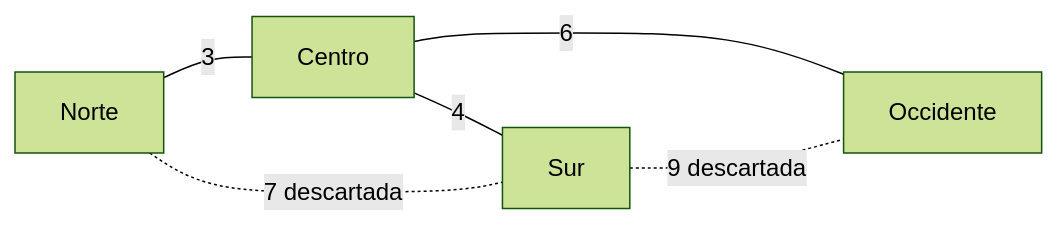
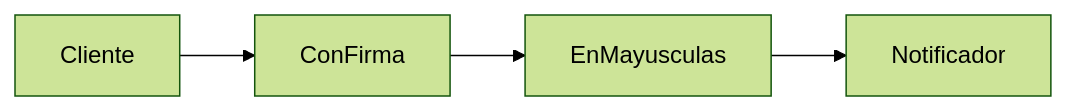
The first of 8 diagrams in web/public/content/foundations/modulo-13.md (NICORUIZ93/The_Imperial_Book), drawn with Mermaid (forest theme) before and after one commit. The commit also changed other lines of this file and 36 other files, not shown here.

````diff
--- a/web/public/content/foundations/modulo-13.md
+++ b/web/public/content/foundations/modulo-13.md
@@ -138,8 +26,6 @@
 ```mermaid
-graph LR
-    N[Norte] -- 3 --- C[Centro]
-    C -- 4 --- S[Sur]
-    C -- 6 --- O[Occidente]
-    N -. 7 descartada .- S
-    S -. 9 descartada .- O
+flowchart LR
+    C[Cliente] --> F[ConFirma]
+    F --> M[EnMayusculas]
+    M --> N[Notificador]
 ```
````
